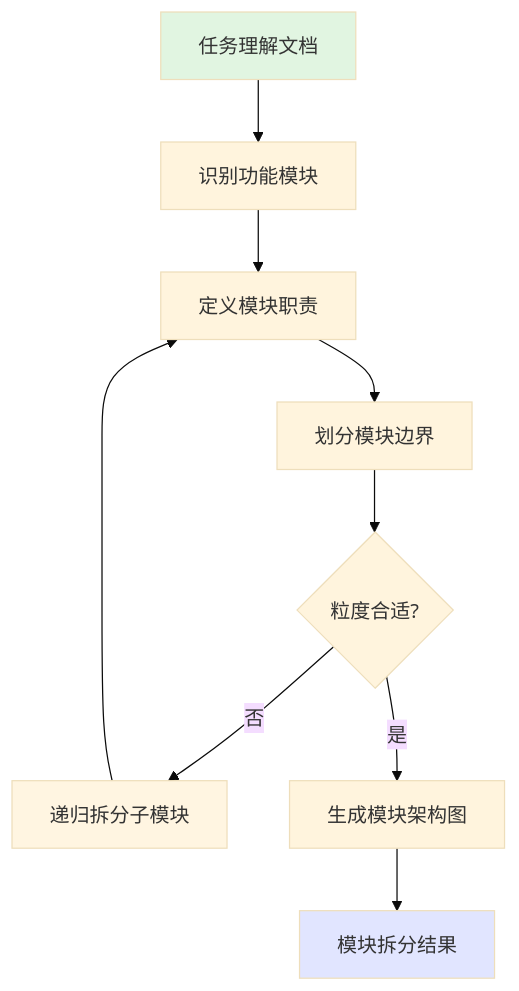
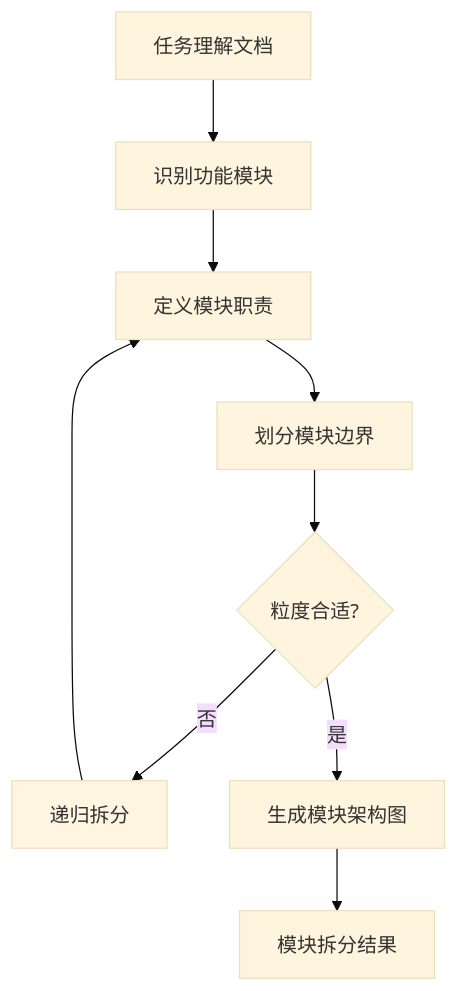
The fifth of 10 diagrams in agents/task-planner.md (JIA-ss/agents), drawn with Mermaid (base theme) before and after one commit. The commit also changed other lines of this file, not shown here.

````diff
--- a/agents/task-planner.md
+++ b/agents/task-planner.md
@@ -124,15 +146,13 @@
 ```mermaid
 flowchart TD
     Input[任务理解文档] --> Identify[识别功能模块]
     Identify --> Define[定义模块职责]
     Define --> Boundary[划分模块边界]
     Boundary --> Check{粒度合适?}
-    Check -->|否| Recursive[递归拆分子模块]
+    Check -->|否| Recursive[递归拆分]
     Recursive --> Define
     Check -->|是| Visualize[生成模块架构图]
     Visualize --> Output[模块拆分结果]
 
-    style Input fill:#e1f5e1
     style Recursive fill:#fff5e1
-    style Output fill:#e1e5ff
 ```
````
